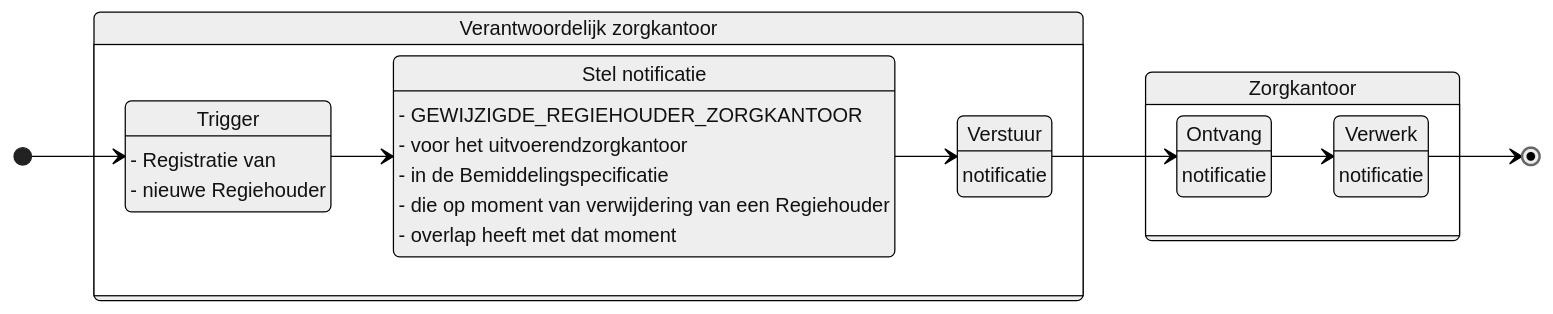
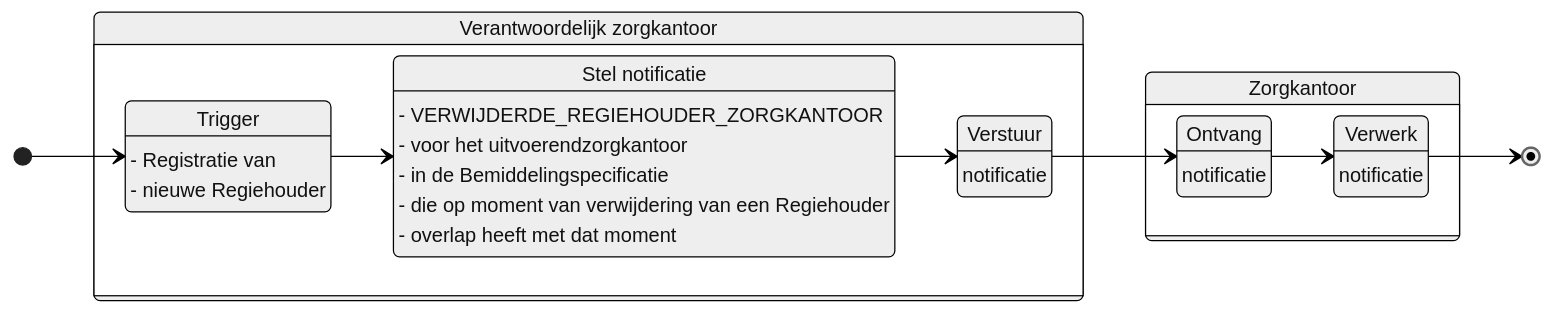
Before and after one commit to iStandaarden/iWlz-bemiddeling: the diagram in notificaties/verwijderde_regiehouder_zorgkantoor.md, drawn with Mermaid.

Commit message:
correctie eventtype

````diff
--- a/notificaties/verwijderde_regiehouder_zorgkantoor.md
+++ b/notificaties/verwijderde_regiehouder_zorgkantoor.md
@@ -25,44 +25,44 @@
 ```mermaid
 ---
 config:
   theme: neutral
   look: classic
 ---
 stateDiagram
   direction LR
   state verzender {
     direction TB
     trigger --> opstellen
     opstellen --> verstuur
     trigger
     opstellen
     verstuur
   }
   state ontvanger {
     direction TB
     ontvang --> verwerk
     ontvang
     verwerk
   }
   [*] --> trigger
   verstuur --> ontvang
   verwerk --> [*]
   verzender:Verantwoordelijk zorgkantoor
   trigger:Trigger
   trigger:- Registratie van
   trigger:- nieuwe Regiehouder
   opstellen:Stel notificatie
-  opstellen:- GEWIJZIGDE_REGIEHOUDER_ZORGKANTOOR
+  opstellen:- VERWIJDERDE_REGIEHOUDER_ZORGKANTOOR
   opstellen:- voor het uitvoerendzorgkantoor
   opstellen:- in de Bemiddelingspecificatie
   opstellen:- die op moment van verwijdering van een Regiehouder
   opstellen:- overlap heeft met dat moment
   verstuur: Verstuur 
   verstuur: notificatie
   ontvanger: Zorgkantoor
   ontvang:Ontvang 
   ontvang:notificatie
   verwerk:Verwerk 
   verwerk:notificatie
 
 ```
````
